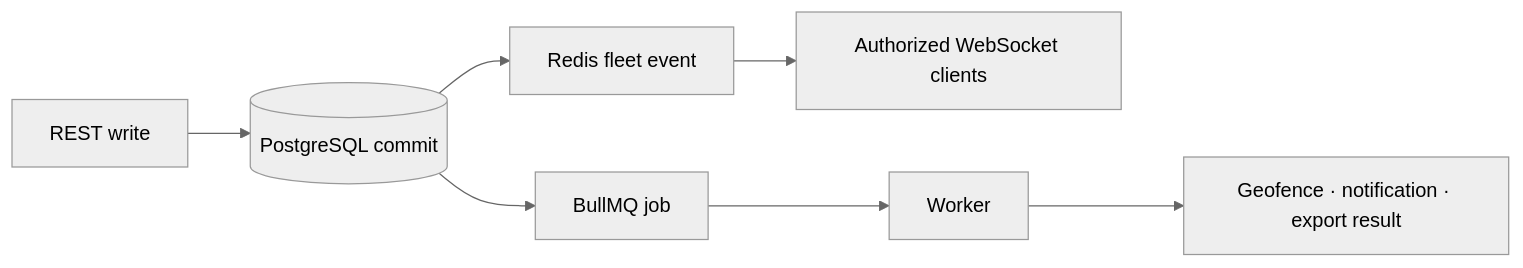
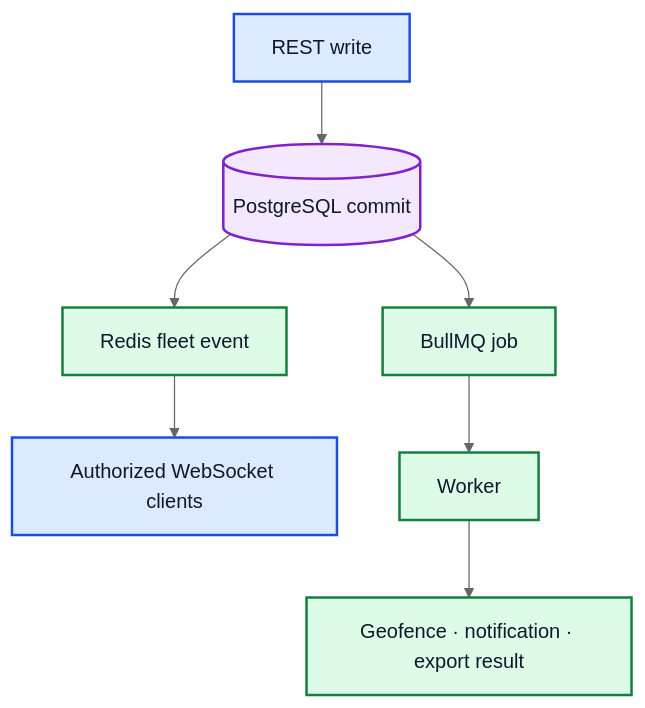
Before and after one commit to Pratham-Shrivastava379/Fleet-Flow: the third of 3 diagrams in README.md, drawn with Mermaid (neutral theme). The commit also changed other lines of this file, not shown here.

Commit message:
Refine vertical architecture diagrams

````diff
--- a/README.md
+++ b/README.md
@@ -78,9 +98,16 @@
 ```mermaid
-flowchart LR
+flowchart TB
     Request[REST write] --> Commit[(PostgreSQL commit)]
     Commit --> Event[Redis fleet event]
     Event --> Clients[Authorized WebSocket clients]
     Commit --> Queue[BullMQ job]
     Queue --> Worker[Worker]
     Worker --> Result[Geofence · notification · export result]
+
+    classDef request fill:#DBEAFE,stroke:#1D4ED8,stroke-width:2px,color:#0F172A
+    classDef durable fill:#F3E8FF,stroke:#7E22CE,stroke-width:2px,color:#0F172A
+    classDef async fill:#DCFCE7,stroke:#15803D,stroke-width:2px,color:#0F172A
+    class Request,Clients request
+    class Commit durable
+    class Event,Queue,Worker,Result async
 ```
````
